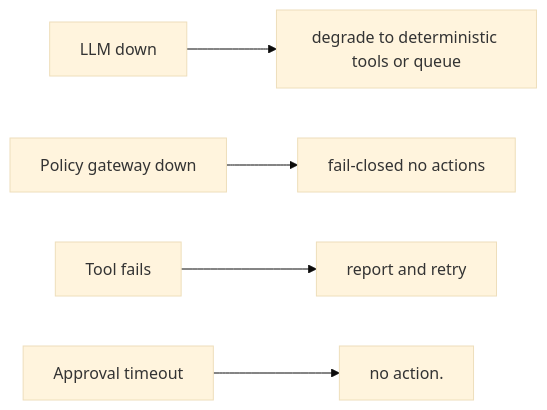
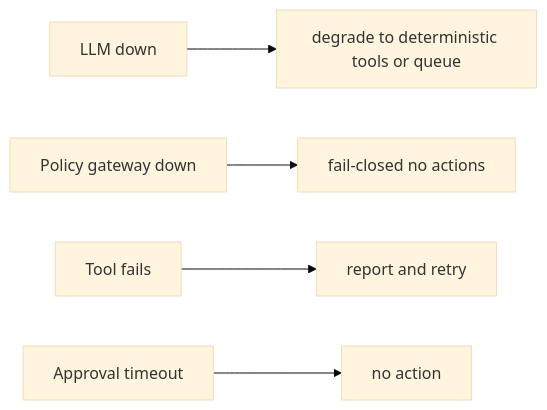
Before and after one commit to RIT-MESH/system-design-mastery: the diagram in diagrams/case-studies/secure-network-agent/failure-flow.mmd, drawn with Mermaid (base theme). The commit also changed 215 other files, not shown here.

First line of the commit message:
Complete all remaining work: expand case studies, add 13 AI case studies, fix diagrams, status to Complete

```diff
--- a/diagrams/case-studies/secure-network-agent/failure-flow.mmd
+++ b/diagrams/case-studies/secure-network-agent/failure-flow.mmd
@@ -1,14 +1,14 @@
 %% created-for: system-design-mastery
 flowchart LR
   C1["LLM down"]
   R2["degrade to deterministic tools or queue"]
   C1 --> R2
   C3["Policy gateway down"]
   R4["fail-closed no actions"]
   C3 --> R4
   C5["Tool fails"]
   R6["report and retry"]
   C5 --> R6
   C7["Approval timeout"]
-  R8["no action."]
+  R8["no action"]
   C7 --> R8
```
